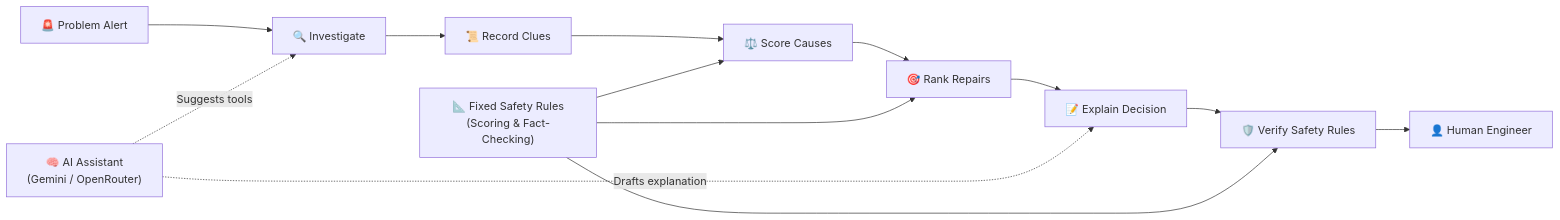
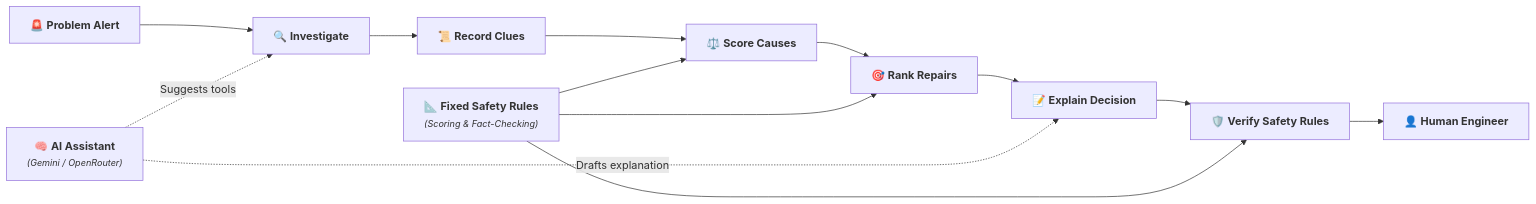
One commit to AnasBabari/LEC_AI changed the third of 3 diagrams in README.md. Above: the diagram before and after it, drawn with Mermaid. The commit also changed other lines of this file, not shown here.

First line of the commit message:
docs(readme): format Mermaid descriptions with e.g. prefix, small italics, and explicit line wraps

````diff
--- a/README.md
+++ b/README.md
@@ -186,22 +186,22 @@
 ```mermaid
 flowchart LR
-    Incident["🚨 Problem Alert"]
-    Investigate["🔍 Investigate"]
-    Evidence["📜 Record Clues"]
-    Causes["⚖️ Score Causes"]
-    Repairs["🎯 Rank Repairs"]
-    Explain["📝 Explain Decision"]
-    Validate["🛡️ Verify Safety Rules"]
-    Human["👤 Human Engineer"]
+    Incident["🚨 <b>Problem Alert</b>"]
+    Investigate["🔍 <b>Investigate</b>"]
+    Evidence["📜 <b>Record Clues</b>"]
+    Causes["⚖️ <b>Score Causes</b>"]
+    Repairs["🎯 <b>Rank Repairs</b>"]
+    Explain["📝 <b>Explain Decision</b>"]
+    Validate["🛡️ <b>Verify Safety Rules</b>"]
+    Human["👤 <b>Human Engineer</b>"]
 
-    AI["🧠 AI Assistant<br/>(Gemini / OpenRouter)"]
-    Rules["📐 Fixed Safety Rules<br/>(Scoring & Fact-Checking)"]
+    AI["🧠 <b>AI Assistant</b><br/><small><i>(Gemini / OpenRouter)</i></small>"]
+    Rules["📐 <b>Fixed Safety Rules</b><br/><small><i>(Scoring & Fact-Checking)</i></small>"]
 
     Incident --> Investigate --> Evidence --> Causes --> Repairs --> Explain --> Validate --> Human
 
     AI -.->|Suggests tools| Investigate
     AI -.->|Drafts explanation| Explain
     Rules --> Causes
     Rules --> Repairs
     Rules --> Validate
 ```
````
